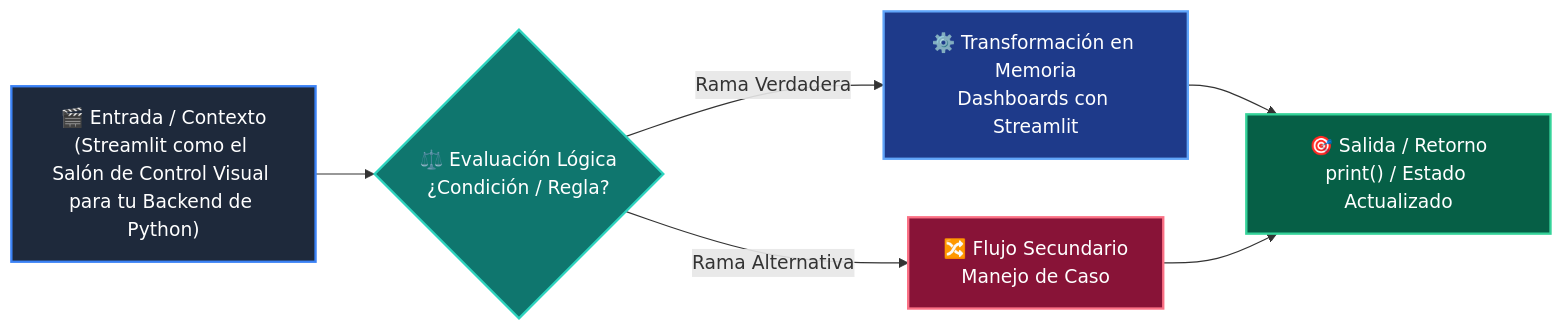
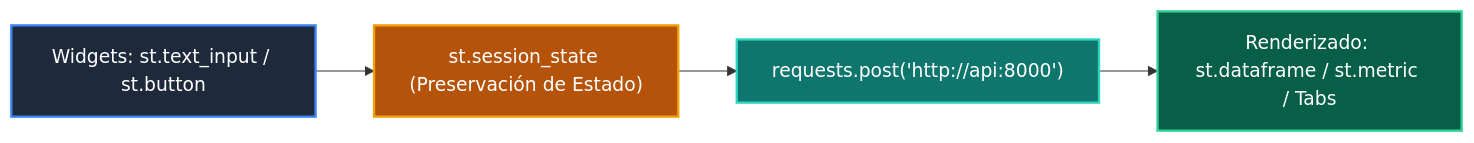
The diagram in 04-proyecto-final/clase-04-frontend-streamlit/README.md (wisrovi/wisrovi-python), drawn with Mermaid before and after one commit. The commit also changed other lines of this file and 271 other files, not shown here.

Commit message:
docs: rewrite all README.md files with bespoke topic-specific Mermaid diagrams and remove repetitive boilerplate

````diff
--- a/04-proyecto-final/clase-04-frontend-streamlit/README.md
+++ b/04-proyecto-final/clase-04-frontend-streamlit/README.md
@@ -35,14 +12,11 @@
 ```mermaid
 flowchart LR
-    A["🎬 Entrada / Contexto<br/>(Streamlit como el Salón de Control Visual para tu Backend de Python)"] --> B{"⚖️ Evaluación Lógica<br/>¿Condición / Regla?"}
-    B -->|Rama Verdadera| C["⚙️ Transformación en Memoria<br/>Dashboards con Streamlit"]
-    B -->|Rama Alternativa| D["🔀 Flujo Secundario<br/>Manejo de Caso"]
-    C --> E["🎯 Salida / Retorno<br/>print() / Estado Actualizado"]
-    D --> E
+    UI["Widgets: st.text_input / st.button"] --> STATE["st.session_state (Preservación de Estado)"]
+    STATE --> API["requests.post('http://api:8000')"]
+    API --> REND["Renderizado: st.dataframe / st.metric / Tabs"]
 
-    style A fill:#1e293b,color:#ffffff,stroke:#3b82f6,stroke-width:2px
-    style B fill:#0f766e,color:#ffffff,stroke:#2dd4bf,stroke-width:2px
-    style C fill:#1e3a8a,color:#ffffff,stroke:#60a5fa,stroke-width:2px
-    style D fill:#881337,color:#ffffff,stroke:#fb7185,stroke-width:2px
-    style E fill:#065f46,color:#ffffff,stroke:#34d399,stroke-width:2px
+    style UI fill:#1e293b,color:#fff,stroke:#3b82f6,stroke-width:2px
+    style STATE fill:#b45309,color:#fff,stroke:#f59e0b,stroke-width:2px
+    style API fill:#0f766e,color:#fff,stroke:#2dd4bf,stroke-width:2px
+    style REND fill:#065f46,color:#fff,stroke:#34d399,stroke-width:2px
 ```
````
